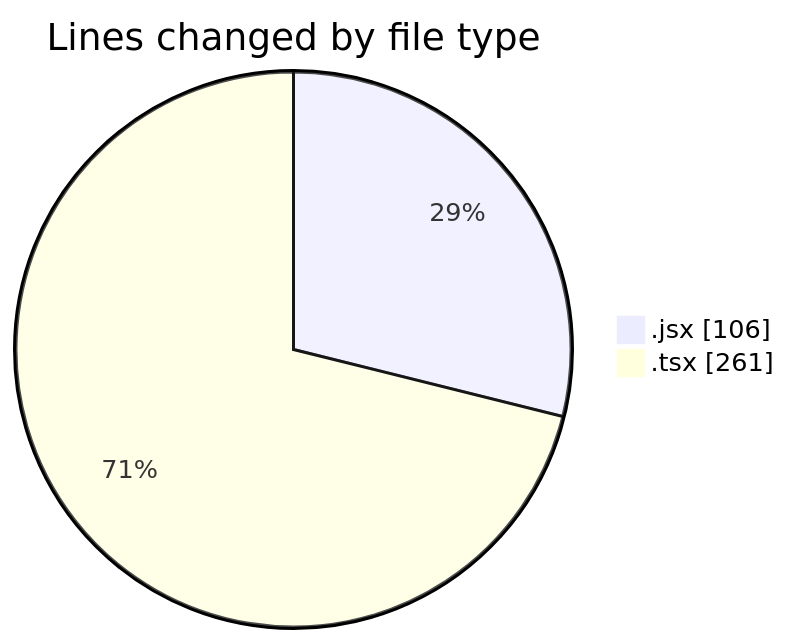
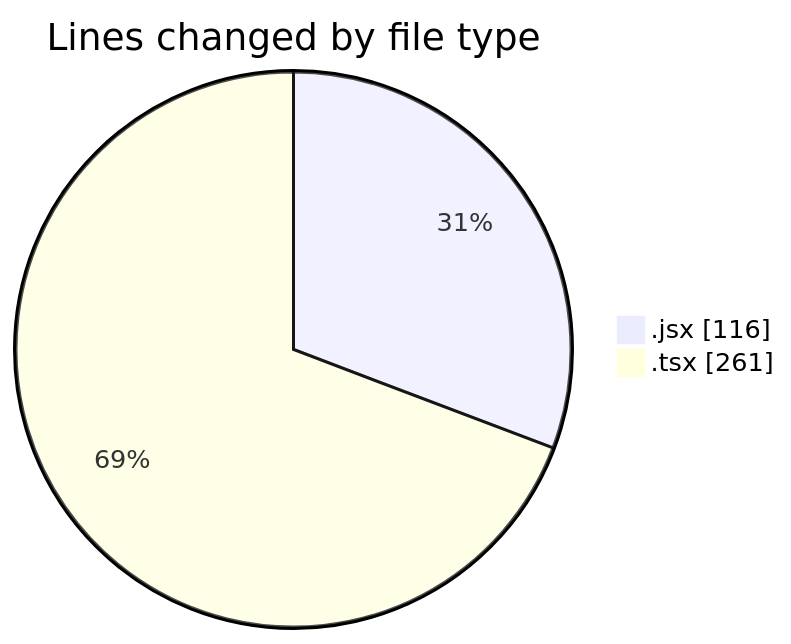
Before and after one commit to momahboobian/code-tracking: the first of 2 diagrams in 2026-02-11/cda/README.md, drawn with Mermaid. The commit also changed other lines of this file and 1 other file, not shown here.

````diff
--- a/2026-02-11/cda/README.md
+++ b/2026-02-11/cda/README.md
@@ -22,6 +22,6 @@
 ```mermaid
 pie showData
 title Lines changed by file type
-".jsx" : 106
+".jsx" : 116
 ".tsx" : 261
 ```
````
